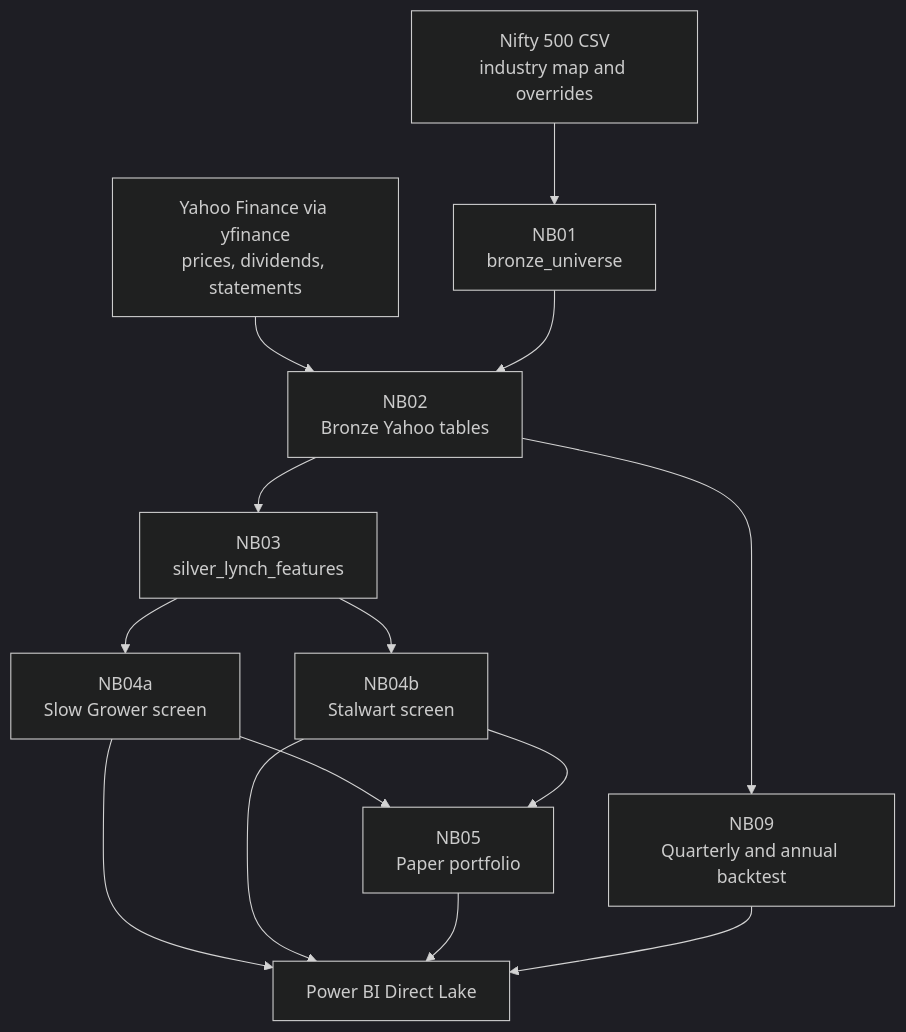
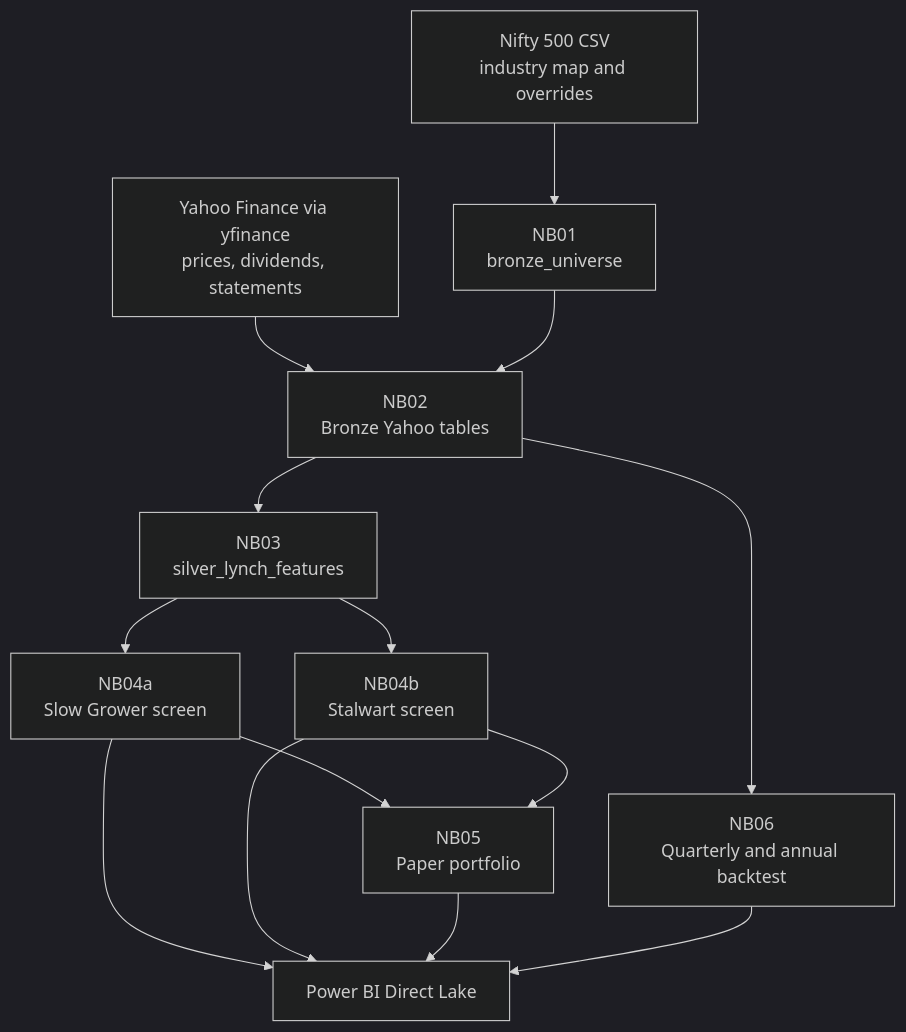
The diagram in README.md (SP56775/lynch-slow-grower-stalwart-fabric), drawn with Mermaid (dark theme) before and after one commit. The commit also changed other lines of this file, not shown here.

````diff
--- a/README.md
+++ b/README.md
@@ -60,16 +60,16 @@
 ```mermaid
 flowchart TD
     A[Nifty 500 CSV<br/>industry map and overrides] --> B[NB01<br/>bronze_universe]
     C[Yahoo Finance via yfinance<br/>prices, dividends, statements] --> D[NB02<br/>Bronze Yahoo tables]
     B --> D
     D --> E[NB03<br/>silver_lynch_features]
     E --> F[NB04a<br/>Slow Grower screen]
     E --> G[NB04b<br/>Stalwart screen]
     F --> H[NB05<br/>Paper portfolio]
     G --> H
-    D --> I[NB09<br/>Quarterly and annual backtest]
+    D --> I[NB06<br/>Quarterly and annual backtest]
     F --> J[Power BI Direct Lake]
     G --> J
     H --> J
     I --> J
 ```
````
